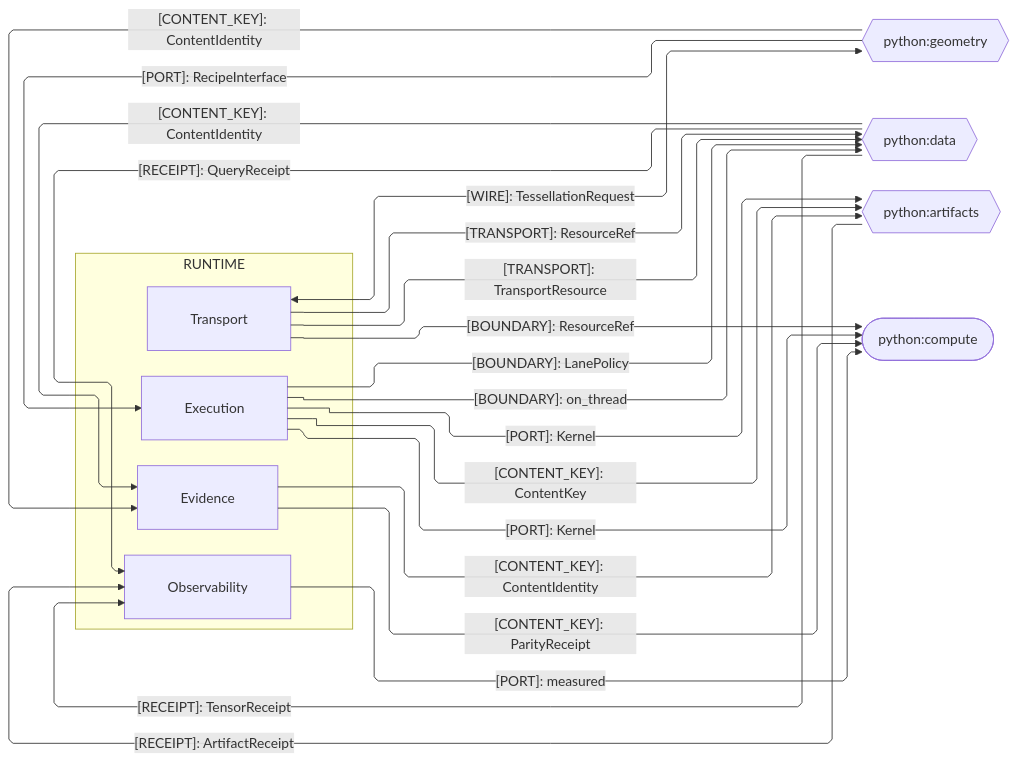
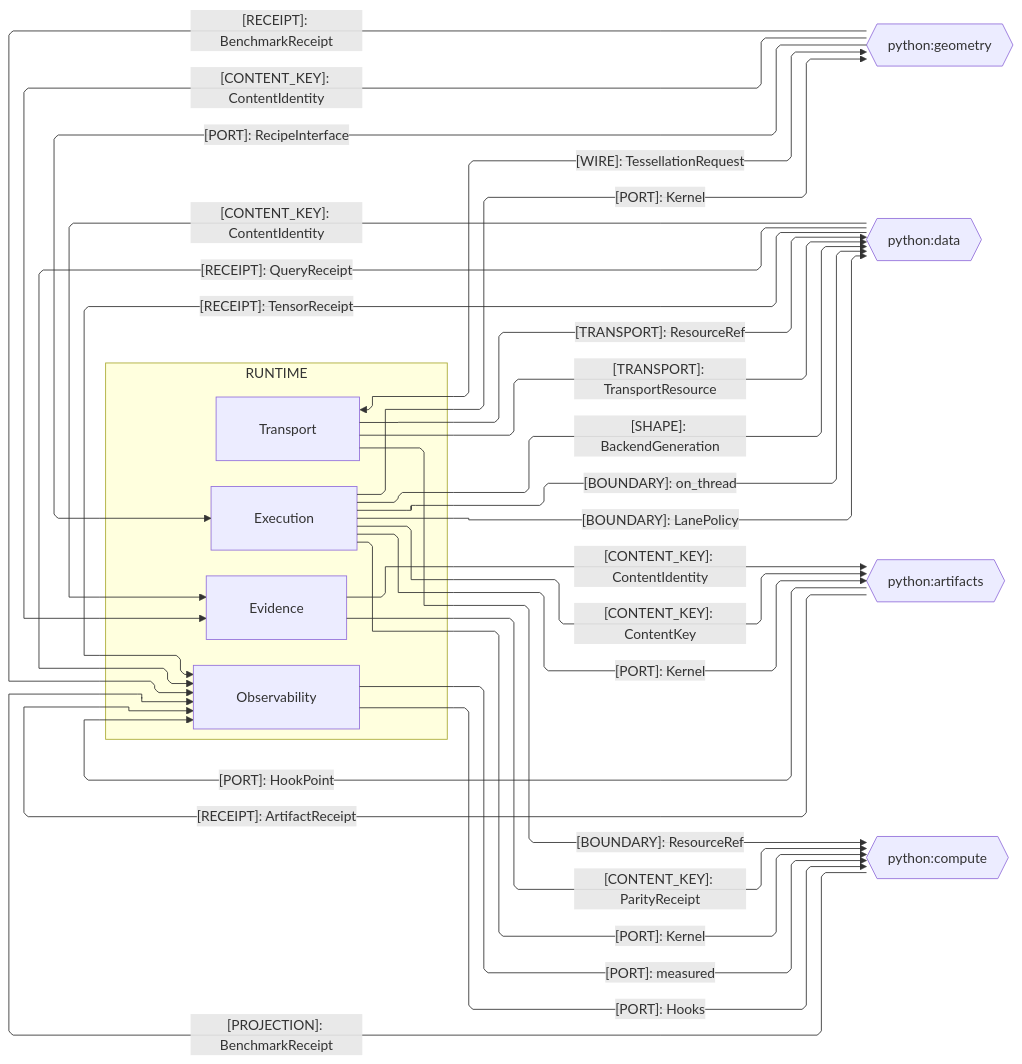
One commit to bsamiee/Rasm changed the third of 3 diagrams in libs/python/runtime/ARCHITECTURE.md. Above: the diagram before and after it, drawn with Mermaid. The commit also changed other lines of this file and 486 other files, not shown here.

````diff
--- a/libs/python/runtime/ARCHITECTURE.md
+++ b/libs/python/runtime/ARCHITECTURE.md
@@ -151,40 +153,46 @@
 ```mermaid
 ---
 config:
   layout: elk
   flowchart:
     curve: linear
     padding: 25
 ---
 flowchart LR
     accTitle: Runtime cross-package Python seams
-    accDescr: Runtime sub-domain owners exchanging content identity, transport, recipe ports, and receipts with the Python siblings.
+    accDescr: Runtime sub-domain owners exchanging content identity, transport, kernel and hook ports, and receipts with the Python siblings.
     subgraph runtime[RUNTIME]
         Transport[Transport]
         Evidence[Evidence]
         Observability[Observability]
         Execution[Execution]
     end
     Geometry{{python:geometry}}
     Data{{python:data}}
     Artifacts{{python:artifacts}}
-    Compute([python:compute])
+    Compute{{python:compute}}
     Transport e5@<-->|"[WIRE]: TessellationRequest"| Geometry
     Geometry e1@-->|"[CONTENT_KEY]: ContentIdentity"| Evidence
     Geometry e9@-->|"[PORT]: RecipeInterface"| Execution
     Data e2@-->|"[CONTENT_KEY]: ContentIdentity"| Evidence
     Transport e6@-->|"[TRANSPORT]: ResourceRef"| Data
     Transport e16@-->|"[TRANSPORT]: TransportResource"| Data
     Data e11@-->|"[RECEIPT]: QueryReceipt"| Observability
     Data e17@-->|"[RECEIPT]: TensorReceipt"| Observability
     Execution e14@-->|"[BOUNDARY]: on_thread"| Data
     Execution e18@-->|"[BOUNDARY]: LanePolicy"| Data
+    Execution e19@-->|"[SHAPE]: BackendGeneration"| Data
     Evidence e3@-->|"[CONTENT_KEY]: ContentIdentity"| Artifacts
     Artifacts e10@-->|"[RECEIPT]: ArtifactReceipt"| Observability
     Execution e8@-->|"[CONTENT_KEY]: ContentKey"| Artifacts
     Execution e15@-->|"[PORT]: Kernel"| Artifacts
+    Artifacts e20@-->|"[PORT]: HookPoint"| Observability
     Evidence e4@-->|"[CONTENT_KEY]: ParityReceipt"| Compute
     Transport e7@-->|"[BOUNDARY]: ResourceRef"| Compute
     Observability e13@-->|"[PORT]: measured"| Compute
     Execution e12@-->|"[PORT]: Kernel"| Compute
+    Observability e21@-->|"[PORT]: Hooks"| Compute
+    Compute e22@-->|"[PROJECTION]: BenchmarkReceipt"| Observability
+    Execution e23@-->|"[PORT]: Kernel"| Geometry
+    Geometry e24@-->|"[RECEIPT]: BenchmarkReceipt"| Observability
 ```
````
